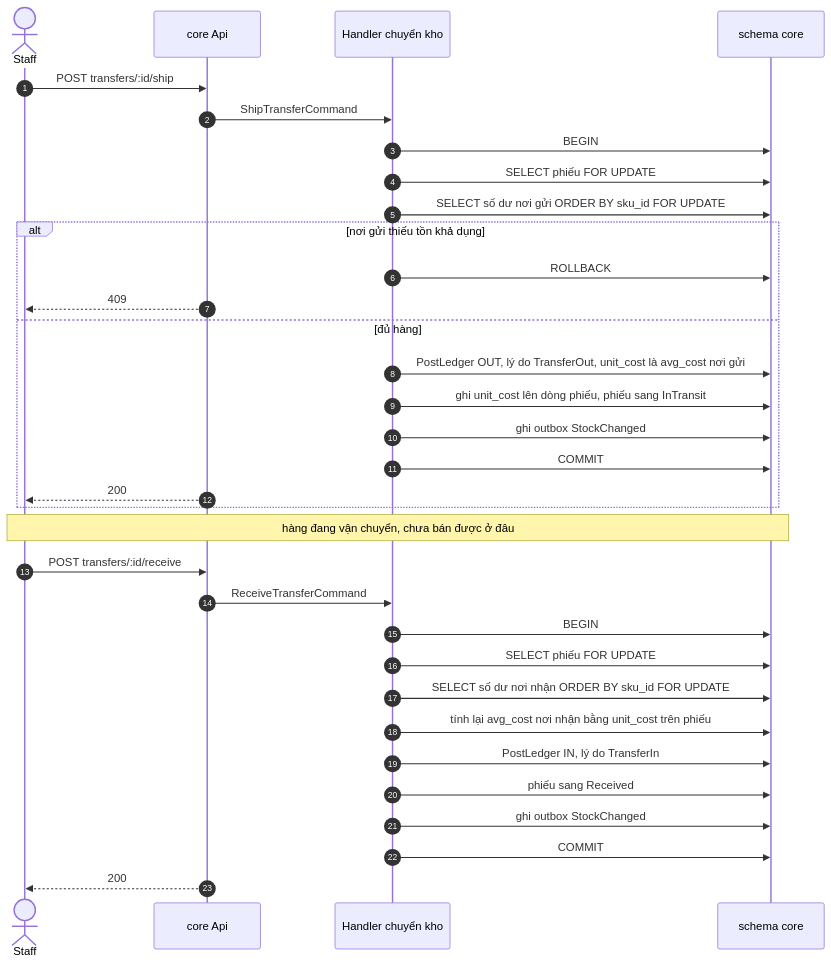
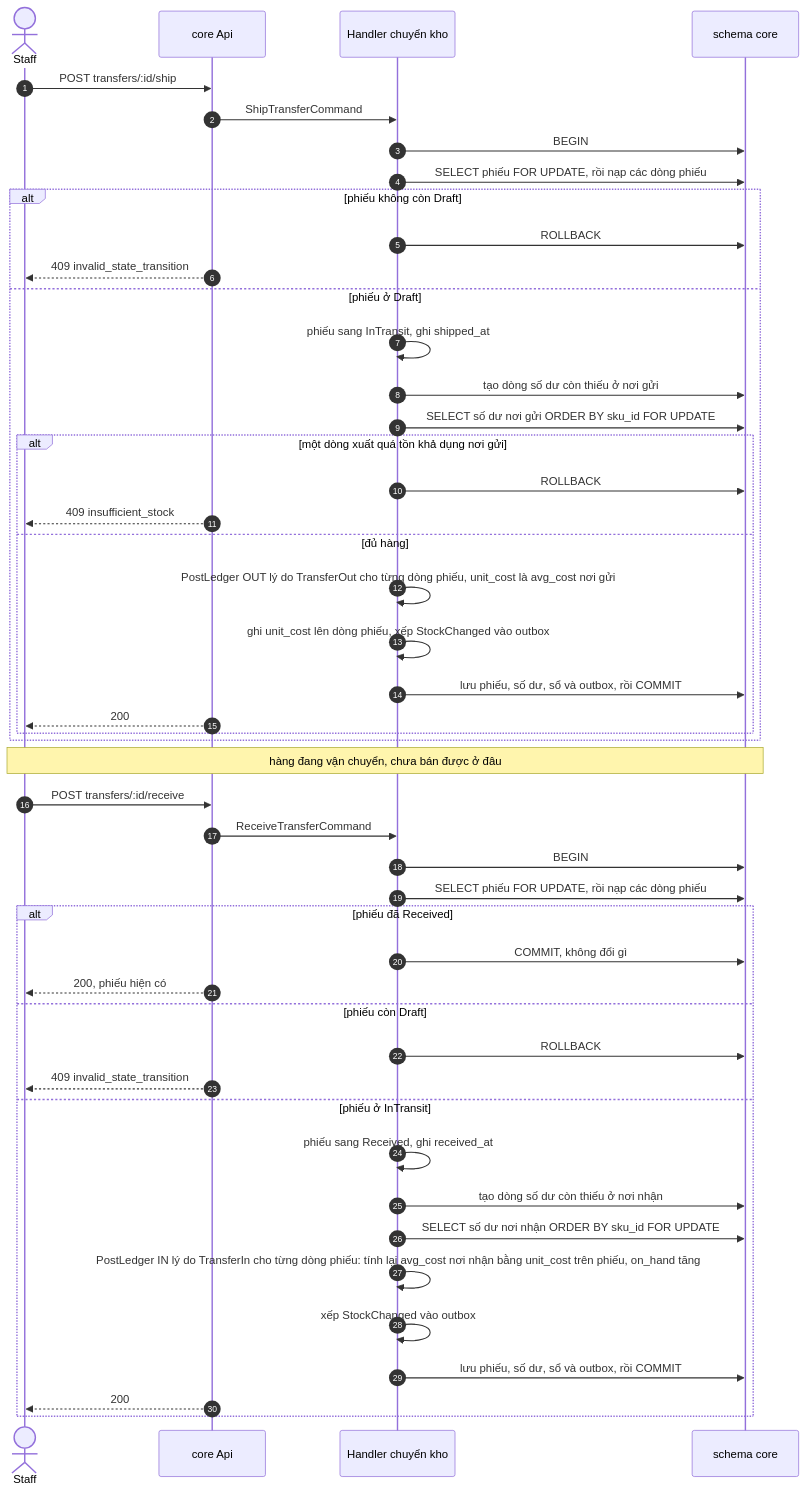
The diagram in docs/design/flows/stock-transfer.md (kapfm789/XDPMOOP), drawn with Mermaid before and after one commit. The commit also changed other lines of this file and 39 other files, not shown here.

Commit message:
W3-08, W3-09: admin màn hình đơn hàng đa kênh, tạo đơn thủ công, duyệt, hoàn tất, hủy, in phiếu giao và màn hình kênh sàn; rà sơ đồ luồng POS checkout, xác nhận, hủy và hết hạn, chuyển kho; cập nhật tài liệu thiết kế và trạng thái phase 6

````diff
--- a/docs/design/flows/stock-transfer.md
+++ b/docs/design/flows/stock-transfer.md
@@ -5,38 +5,52 @@
 ```mermaid
 sequenceDiagram
   autonumber
   actor Staff
   participant Api as core Api
   participant UC as Handler chuyển kho
   participant DB as schema core
 
   Staff->>Api: POST transfers/:id/ship
   Api->>UC: ShipTransferCommand
   UC->>DB: BEGIN
-  UC->>DB: SELECT phiếu FOR UPDATE
-  UC->>DB: SELECT số dư nơi gửi ORDER BY sku_id FOR UPDATE
-  alt nơi gửi thiếu tồn khả dụng
+  UC->>DB: SELECT phiếu FOR UPDATE, rồi nạp các dòng phiếu
+  alt phiếu không còn Draft
     UC->>DB: ROLLBACK
-    Api-->>Staff: 409
-  else đủ hàng
-    UC->>DB: PostLedger OUT, lý do TransferOut, unit_cost là avg_cost nơi gửi
-    UC->>DB: ghi unit_cost lên dòng phiếu, phiếu sang InTransit
-    UC->>DB: ghi outbox StockChanged
-    UC->>DB: COMMIT
-    Api-->>Staff: 200
+    Api-->>Staff: 409 invalid_state_transition
+  else phiếu ở Draft
+    UC->>UC: phiếu sang InTransit, ghi shipped_at
+    UC->>DB: tạo dòng số dư còn thiếu ở nơi gửi
+    UC->>DB: SELECT số dư nơi gửi ORDER BY sku_id FOR UPDATE
+    alt một dòng xuất quá tồn khả dụng nơi gửi
+      UC->>DB: ROLLBACK
+      Api-->>Staff: 409 insufficient_stock
+    else đủ hàng
+      UC->>UC: PostLedger OUT lý do TransferOut cho từng dòng phiếu, unit_cost là avg_cost nơi gửi
+      UC->>UC: ghi unit_cost lên dòng phiếu, xếp StockChanged vào outbox
+      UC->>DB: lưu phiếu, số dư, sổ và outbox, rồi COMMIT
+      Api-->>Staff: 200
+    end
   end
 
   Note over Staff,DB: hàng đang vận chuyển, chưa bán được ở đâu
 
   Staff->>Api: POST transfers/:id/receive
   Api->>UC: ReceiveTransferCommand
   UC->>DB: BEGIN
-  UC->>DB: SELECT phiếu FOR UPDATE
-  UC->>DB: SELECT số dư nơi nhận ORDER BY sku_id FOR UPDATE
-  UC->>DB: tính lại avg_cost nơi nhận bằng unit_cost trên phiếu
-  UC->>DB: PostLedger IN, lý do TransferIn
-  UC->>DB: phiếu sang Received
-  UC->>DB: ghi outbox StockChanged
-  UC->>DB: COMMIT
-  Api-->>Staff: 200
+  UC->>DB: SELECT phiếu FOR UPDATE, rồi nạp các dòng phiếu
+  alt phiếu đã Received
+    UC->>DB: COMMIT, không đổi gì
+    Api-->>Staff: 200, phiếu hiện có
+  else phiếu còn Draft
+    UC->>DB: ROLLBACK
+    Api-->>Staff: 409 invalid_state_transition
+  else phiếu ở InTransit
+    UC->>UC: phiếu sang Received, ghi received_at
+    UC->>DB: tạo dòng số dư còn thiếu ở nơi nhận
+    UC->>DB: SELECT số dư nơi nhận ORDER BY sku_id FOR UPDATE
+    UC->>UC: PostLedger IN lý do TransferIn cho từng dòng phiếu: tính lại avg_cost nơi nhận bằng unit_cost trên phiếu, on_hand tăng
+    UC->>UC: xếp StockChanged vào outbox
+    UC->>DB: lưu phiếu, số dư, sổ và outbox, rồi COMMIT
+    Api-->>Staff: 200
+  end
 ```
````
